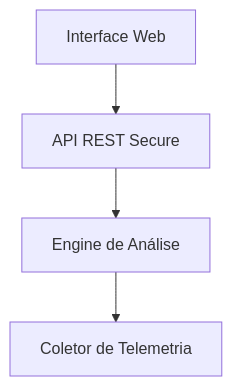
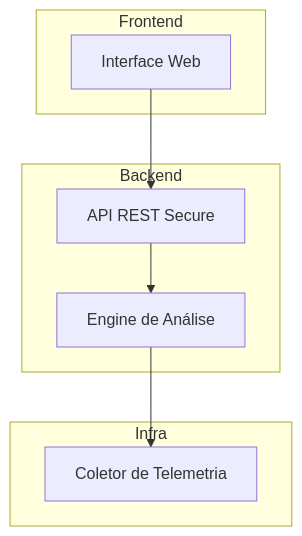
The diagram in README.md (karinamsilva/NetGard-Pro---Generation-22.3), drawn with Mermaid before and after one commit. The commit also changed other lines of this file, not shown here.

````diff
--- a/README.md
+++ b/README.md
@@ -56,13 +56,17 @@
 ```mermaid
-
 flowchart TB
+    subgraph Frontend
     A[Interface Web]
+    end
+    subgraph Backend
     B[API REST Secure]
     C[Engine de Análise]
+    end
+    subgraph Infra
     D[Coletor de Telemetria]
+    end
 
     A --> B
     B --> C
     C --> D
-
 ```
````
